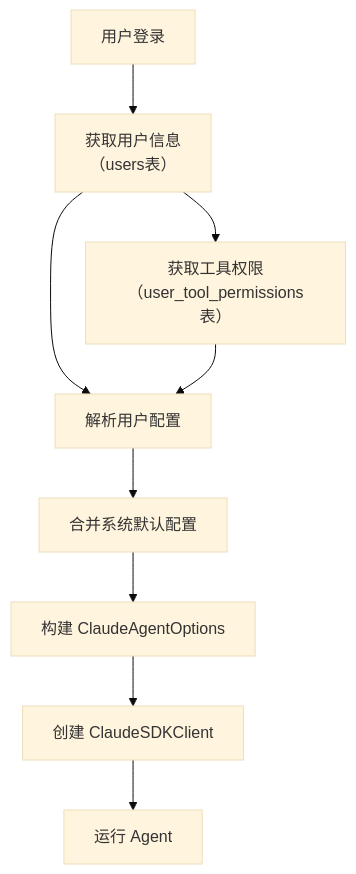
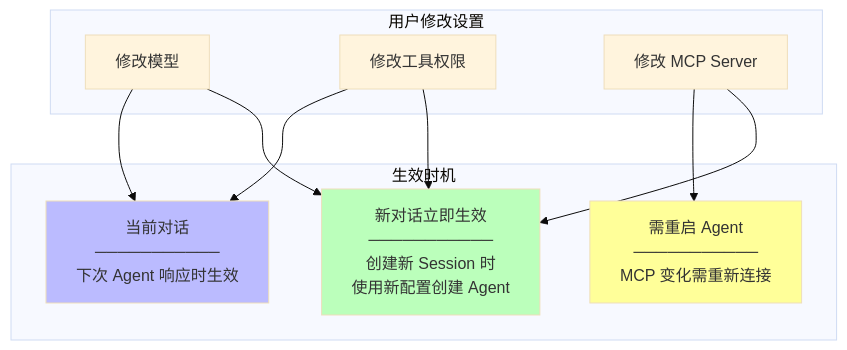
One commit to xiaocaipi/mm-doc changed diagram 20 of 27 in agent/agent_project_design_1.md. Above: the diagram before and after it, drawn with Mermaid (base theme). The commit also changed other lines of this file and 1 other file, not shown here.

````diff
--- a/agent/agent_project_design_1.md
+++ b/agent/agent_project_design_1.md
@@ -990,15 +1170,25 @@
 ```mermaid
 flowchart TD
-    LOGIN["用户登录"] --> GET_USER["获取用户信息<br/>（users表）"]
-    GET_USER --> GET_TOOLS["获取工具权限<br/>（user_tool_permissions表）"]
+    subgraph MODIFIED["用户修改设置"]
+        M1["修改模型"]
+        M2["修改工具权限"]
+        M3["修改 MCP Server"]
+    end
     
-    GET_USER --> PARSE["解析用户配置"]
-    GET_TOOLS --> PARSE
+    subgraph EFFECT["生效时机"]
+        E1["新对话立即生效<br/>───────────<br/>创建新 Session 时<br/>使用新配置创建 Agent"]
+        E2["当前对话<br/>───────────<br/>下次 Agent 响应时生效"]
+        E3["需重启 Agent<br/>───────────<br/>MCP 变化需重新连接"]
+    end
     
-    PARSE --> MERGE["合并系统默认配置"]
+    M1 --> E1
+    M1 --> E2
+    M2 --> E1
+    M2 --> E2
+    M3 --> E1
+    M3 --> E3
     
-    MERGE --> BUILD_OPTIONS["构建 ClaudeAgentOptions"]
-    BUILD_OPTIONS --> CREATE_AGENT["创建 ClaudeSDKClient"]
-    
-    CREATE_AGENT --> RUN["运行 Agent"]
+    style E1 fill:#bfb
+    style E2 fill:#bbf
+    style E3 fill:#ff9
 ```
````
